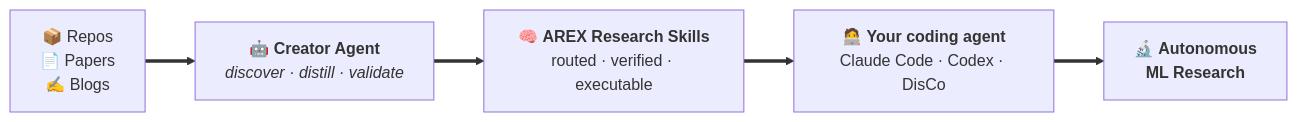
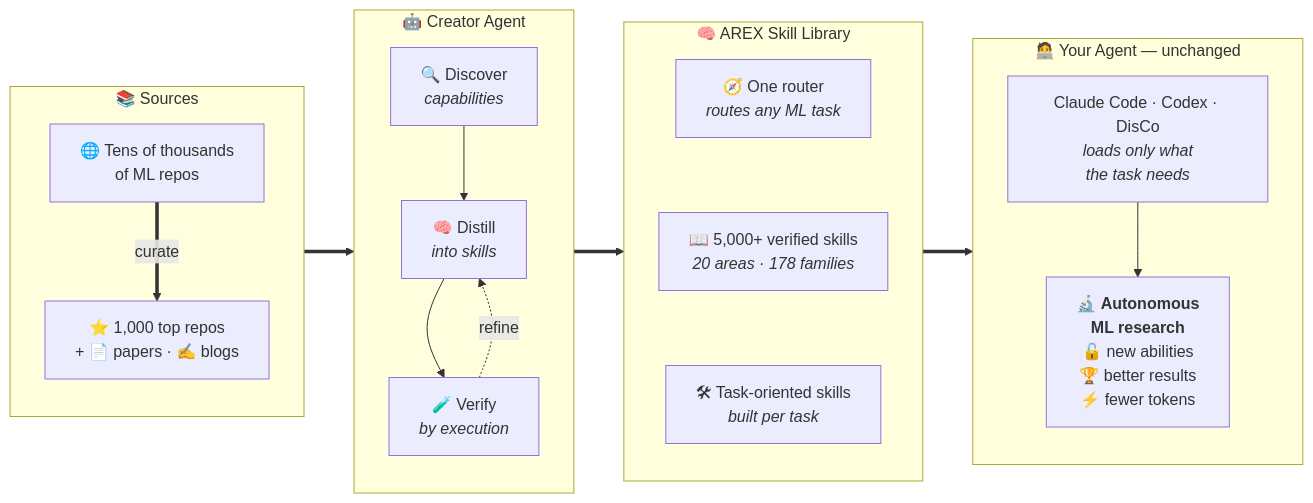
The first of 5 diagrams in README.md (Lolo1222/AREX-Skill), drawn with Mermaid before and after one commit. The commit also changed other lines of this file and 1 other file, not shown here.

````diff
--- a/README.md
+++ b/README.md
@@ -23,7 +23,21 @@
 ```mermaid
 flowchart LR
-    A["📦 Repos<br>📄 Papers<br>✍️ Blogs"] ==> B["🤖 <b>Creator Agent</b><br><i>discover · distill · validate</i>"]
-    B ==> C["🧠 <b>AREX Research Skills</b><br>routed · verified · executable"]
-    C ==> D["🧑‍💻 <b>Your coding agent</b><br>Claude Code · Codex · DisCo"]
-    D ==> E["🔬 <b>Autonomous<br>ML Research</b>"]
+    subgraph SRC["📚 Sources"]
+        direction TB
+        s0["🌐 Tens of thousands<br>of ML repos"] == "curate" ==> s1["⭐ 1,000 top repos<br>+ 📄 papers · ✍️ blogs"]
+    end
+    subgraph CRE["🤖 Creator Agent"]
+        direction TB
+        c1["🔍 Discover<br><i>capabilities</i>"] --> c2["🧠 Distill<br><i>into skills</i>"] --> c3["🧪 Verify<br><i>by execution</i>"]
+        c3 -. refine .-> c2
+    end
+    subgraph LIB["🧠 AREX Skill Library"]
+        direction TB
+        l1["🧭 One router<br><i>routes any ML task</i>"] ~~~ l2["📖 5,000+ verified skills<br><i>20 areas · 178 families</i>"] ~~~ l3["🛠 Task-oriented skills<br><i>built per task</i>"]
+    end
+    subgraph FIN["🧑‍💻 Your Agent — unchanged"]
+        direction TB
+        u["Claude Code · Codex · DisCo<br><i>loads only what<br>the task needs</i>"] --> r["🔬 <b>Autonomous<br>ML research</b><br>🔓 new abilities<br>🏆 better results<br>⚡ fewer tokens"]
+    end
+    SRC ==> CRE ==> LIB ==> FIN
 ```
````
